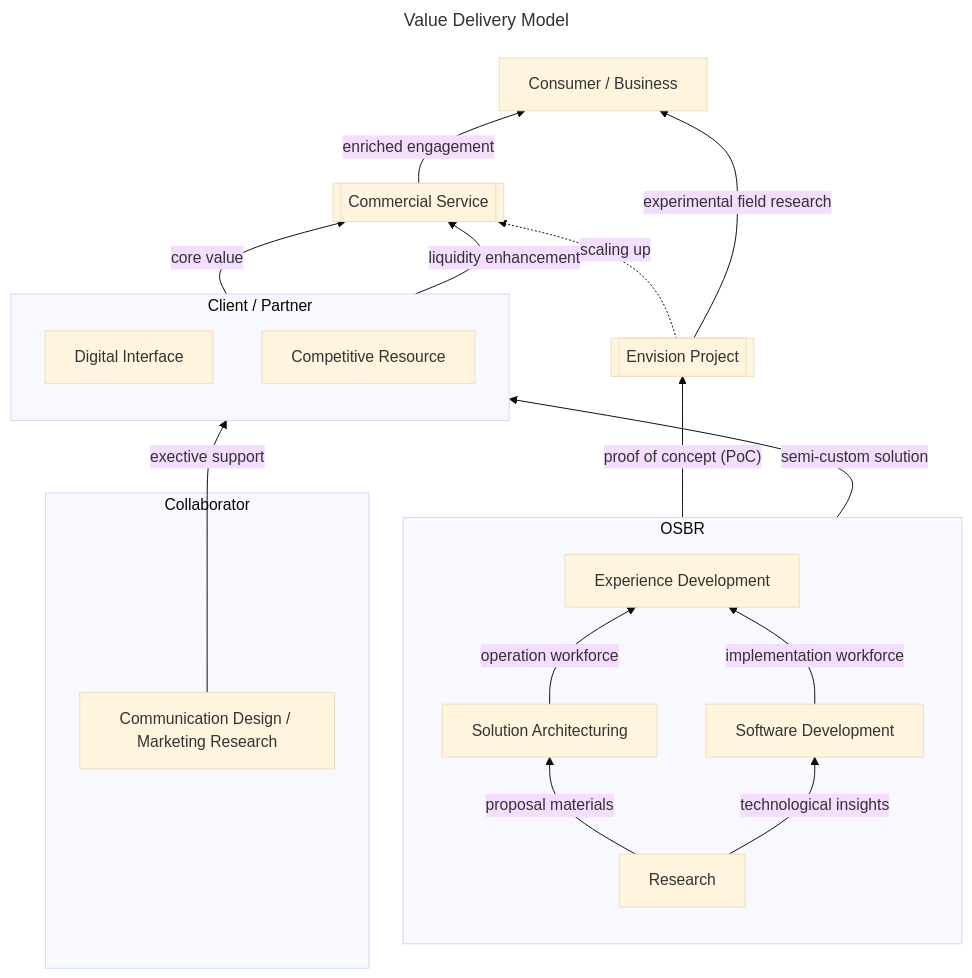
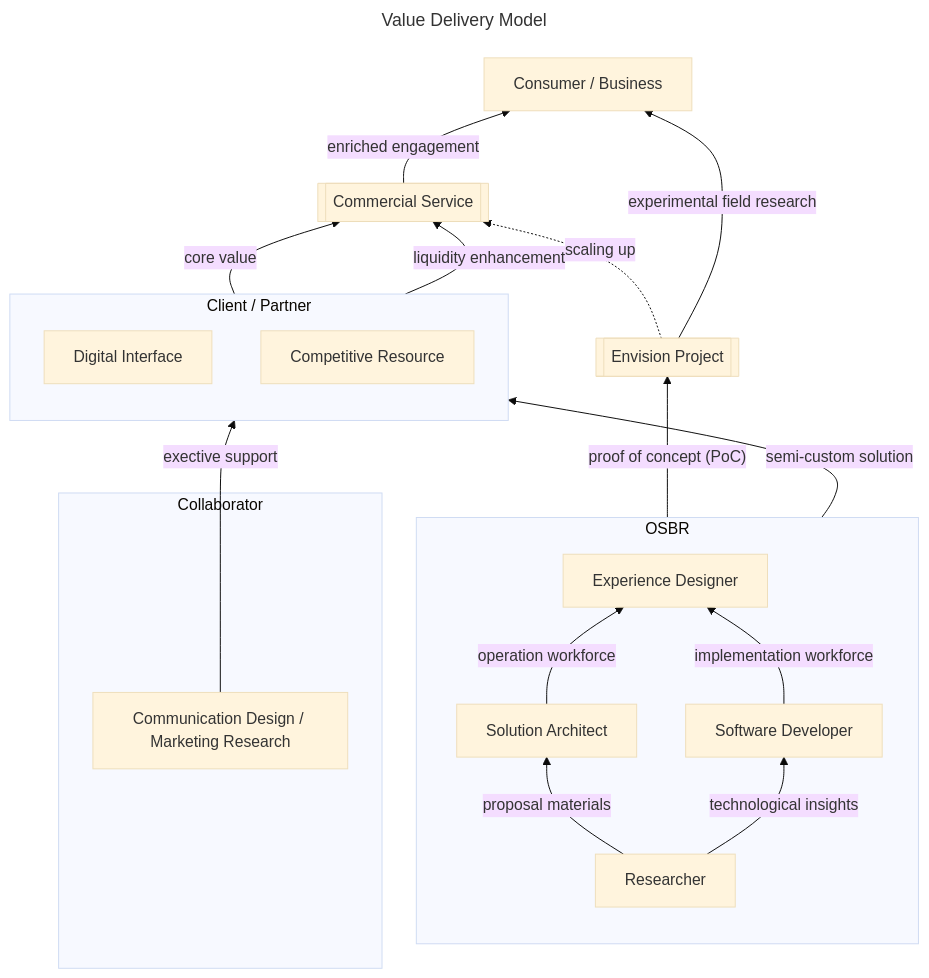
The first of 5 diagrams in doc/strategy.md (osbrjp/handbook), drawn with Mermaid (base theme) before and after one commit. The commit also changed other lines of this file, not shown here.

`````diff
--- a/doc/strategy.md
+++ b/doc/strategy.md
@@ -15,29 +15,29 @@
 ```mermaid
 ---
 title: Value Delivery Model
 ---
 graph BT;
     subgraph OSBR
       direction BT
-      SA[Solution Architecturing] -- "operation workforce" --> ED[Experience Development];
-      SD[Software Development] -- "implementation workforce" --> ED;
-      R[Research] -- "proposal materials" --> SA;
-      R[Research] -- "technological insights" --> SD;
+      SA[Solution Architect] -- "operation workforce" --> ED[Experience Designer];
+      SD[Software Developer] -- "implementation workforce" --> ED;
+      R[Researcher] -- "proposal materials" --> SA;
+      R -- "technological insights" --> SD;
     end
 
     ED -- "proof of concept (PoC)" --> EFR[[Envision Project]];
 
     subgraph CP[Client / Partner]
       direction BT
       ED -- "semi-custom solution" --> CDE[Digital Interface];
       CCV[Competitive Resource]
     end
     subgraph Collaborator
       CD[Communication Design / Marketing Research] --"exective support"--> CDE
     end
     EFR -. "scaling up" .-> CS;
     CCV -- "core value" --> CS[[Commercial Service]];
     CDE -- "liquidity enhancement" --> CS;
     EFR -- "experimental field research" --> U[Consumer / Business];
     CS -- "enriched engagement" --> U;
 ````
`````
